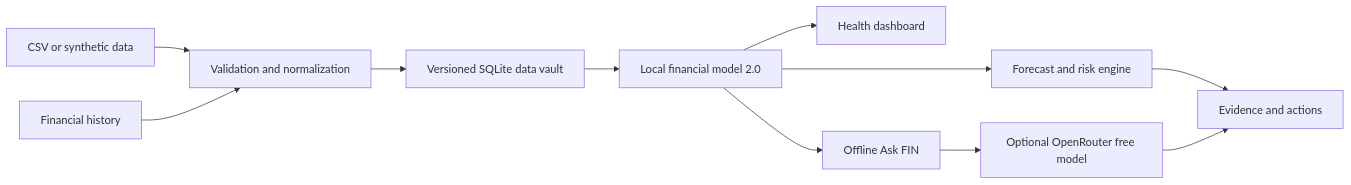
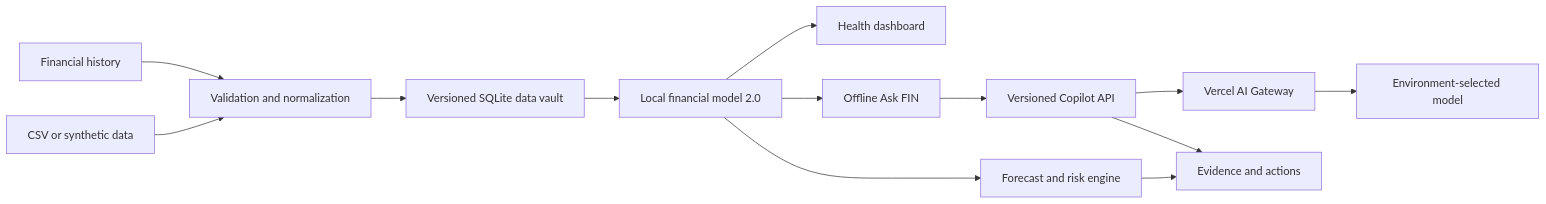
Before and after one commit to AnantHejib/HACKMATRIX-5.0: the diagram in README.md, drawn with Mermaid. The commit also changed other lines of this file and 31 other files, not shown here.

Commit message:
feat: add managed explainable financial copilot API

````diff
--- a/README.md
+++ b/README.md
@@ -92,13 +94,15 @@
 ```mermaid
 flowchart LR
     A[CSV or synthetic data] --> B[Validation and normalization]
     H[Financial history] --> B
     B --> DB[Versioned SQLite data vault]
     DB --> C[Local financial model 2.0]
     C --> D[Health dashboard]
     C --> E[Forecast and risk engine]
     C --> F[Offline Ask FIN]
-    F --> G[Optional OpenRouter free model]
+    F --> G[Versioned Copilot API]
+    G --> GW[Vercel AI Gateway]
+    GW --> LM[Environment-selected model]
     E --> I[Evidence and actions]
     G --> I
 ```
````
